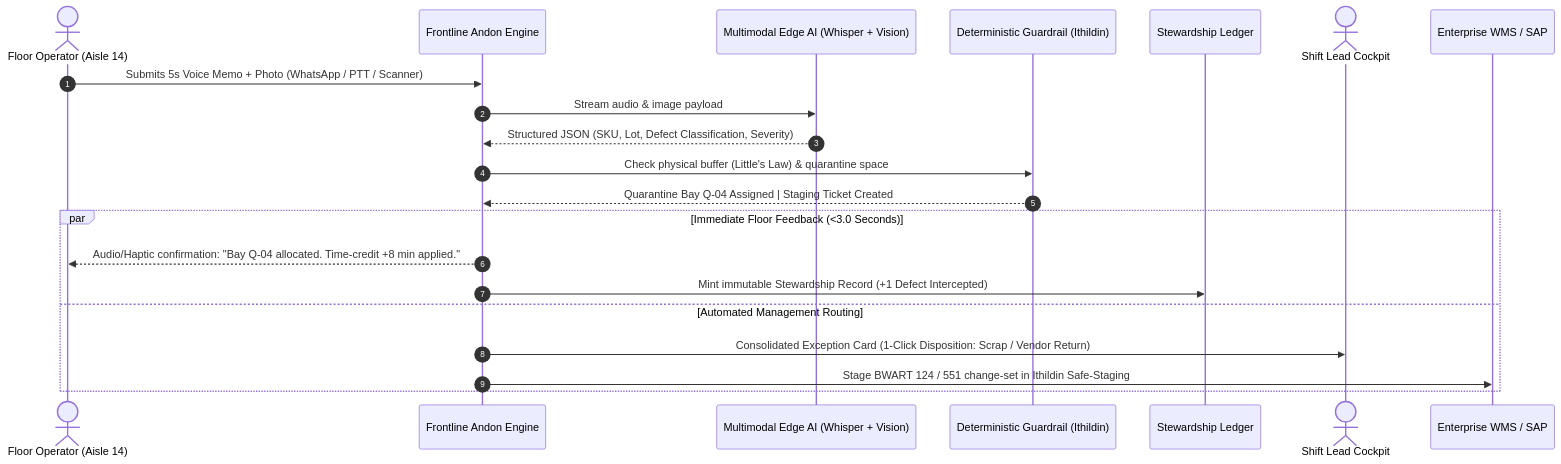
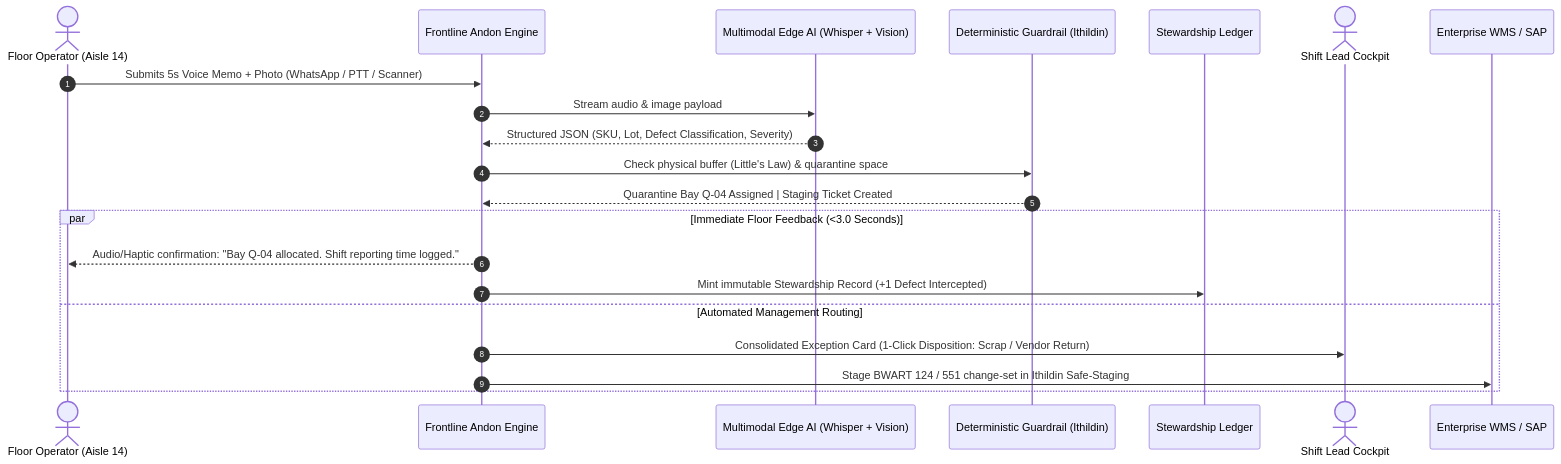
One commit to esstipi-debug/mellon changed the diagram in field-toolkit/04_frontline_andon_and_stewardship_engine.md. Above: the diagram before and after it, drawn with Mermaid. The commit also changed other lines of this file and 5 other files, not shown here.

````diff
--- a/field-toolkit/04_frontline_andon_and_stewardship_engine.md
+++ b/field-toolkit/04_frontline_andon_and_stewardship_engine.md
@@ -54,25 +55,25 @@
 ```mermaid
 sequenceDiagram
     autonumber
     actor Operator as Floor Operator (Aisle 14)
     participant Engine as Frontline Andon Engine
     participant MultiAI as Multimodal Edge AI (Whisper + Vision)
     participant Guardrail as Deterministic Guardrail (Ithildin)
     participant Ledger as Stewardship Ledger
     actor Supervisor as Shift Lead Cockpit
     participant ERP as Enterprise WMS / SAP
 
     Operator->>Engine: Submits 5s Voice Memo + Photo (WhatsApp / PTT / Scanner)
     Engine->>MultiAI: Stream audio & image payload
     MultiAI-->>Engine: Structured JSON (SKU, Lot, Defect Classification, Severity)
     Engine->>Guardrail: Check physical buffer (Little's Law) & quarantine space
     Guardrail-->>Engine: Quarantine Bay Q-04 Assigned | Staging Ticket Created
 
     par Immediate Floor Feedback (<3.0 Seconds)
-        Engine-->>Operator: Audio/Haptic confirmation: "Bay Q-04 allocated. Time-credit +8 min applied."
+        Engine-->>Operator: Audio/Haptic confirmation: "Bay Q-04 allocated. Shift reporting time logged."
         Engine->>Ledger: Mint immutable Stewardship Record (+1 Defect Intercepted)
     and Automated Management Routing
         Engine->>Supervisor: Consolidated Exception Card (1-Click Disposition: Scrap / Vendor Return)
         Engine->>ERP: Stage BWART 124 / 551 change-set in Ithildin Safe-Staging
     end
 ```
````
